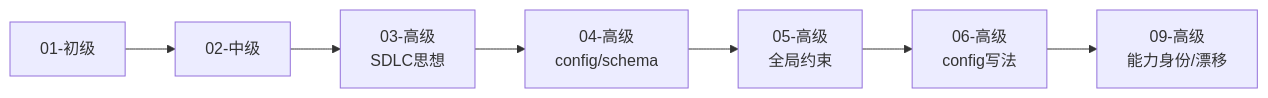
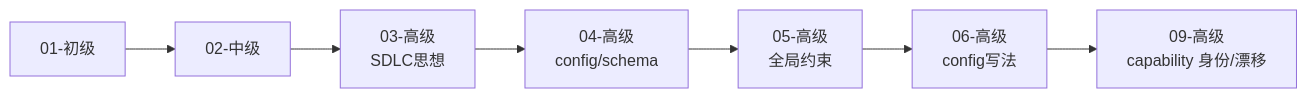
The second of 6 diagrams in _openspec_handbook/00-index.md (ethan-jiang-3/OpenSpec), drawn with Mermaid before and after one commit. The commit also changed other lines of this file and 14 other files, not shown here.

````diff
--- a/_openspec_handbook/00-index.md
+++ b/_openspec_handbook/00-index.md
@@ -130,7 +130,7 @@
 ```mermaid
 graph LR
     A[01-初级] --> B[02-中级] --> C[03-高级<br/>SDLC思想]
     C --> D[04-高级<br/>config/schema] --> E[05-高级<br/>全局约束]
     E --> F[06-高级<br/>config写法]
-    F --> H[09-高级<br/>能力身份/漂移]
+    F --> H[09-高级<br/>capability 身份/漂移]
 ```
````
